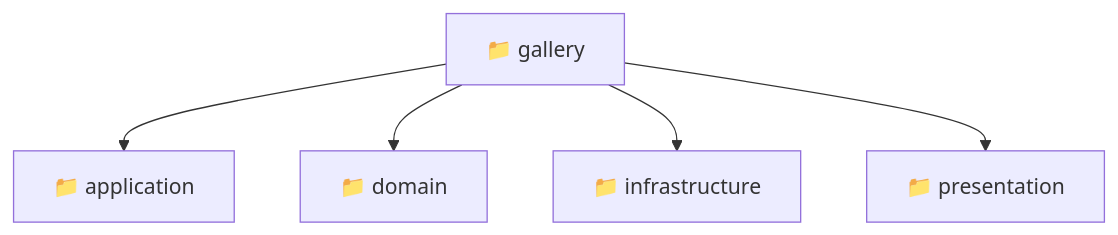
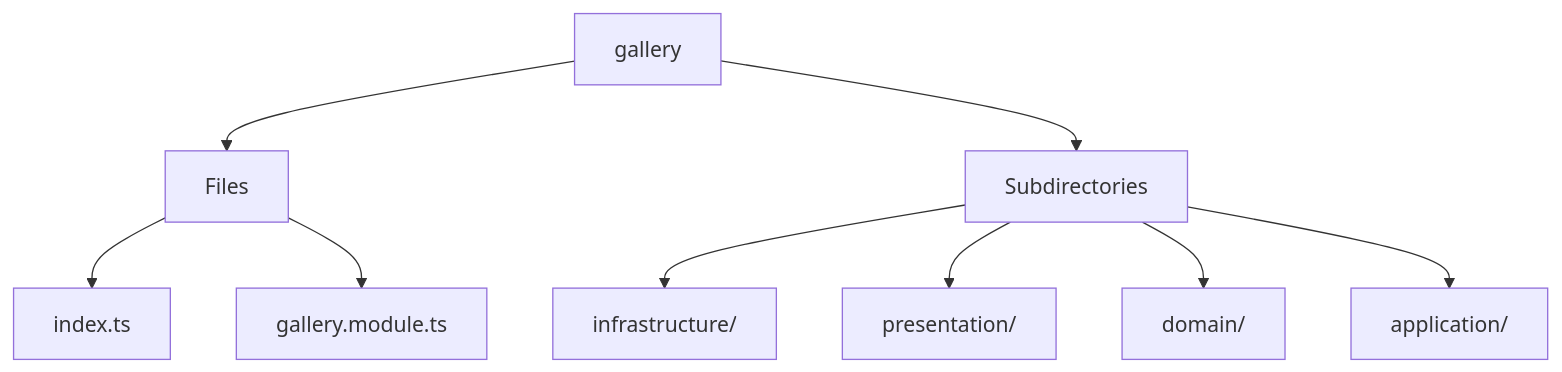
The diagram in backend/src/modules/gallery/README.md (beginwebdev2002/fullstack-mavluda), drawn with Mermaid before and after one commit. The commit also changed other lines of this file and 167 other files, not shown here.

````diff
--- a/backend/src/modules/gallery/README.md
+++ b/backend/src/modules/gallery/README.md
@@ -9,8 +12,11 @@
 ```mermaid
 graph TD
-  gallery["📁 gallery"]
-  gallery --> application["📁 application"]
-  gallery --> domain["📁 domain"]
-  gallery --> infrastructure["📁 infrastructure"]
-  gallery --> presentation["📁 presentation"]
+  gallery --> Files
+  Files --> index_ts[index.ts]
+  Files --> gallery_module_ts[gallery.module.ts]
+  gallery --> Subdirectories
+  Subdirectories --> infrastructure[infrastructure/]
+  Subdirectories --> presentation[presentation/]
+  Subdirectories --> domain[domain/]
+  Subdirectories --> application[application/]
 ```
````
